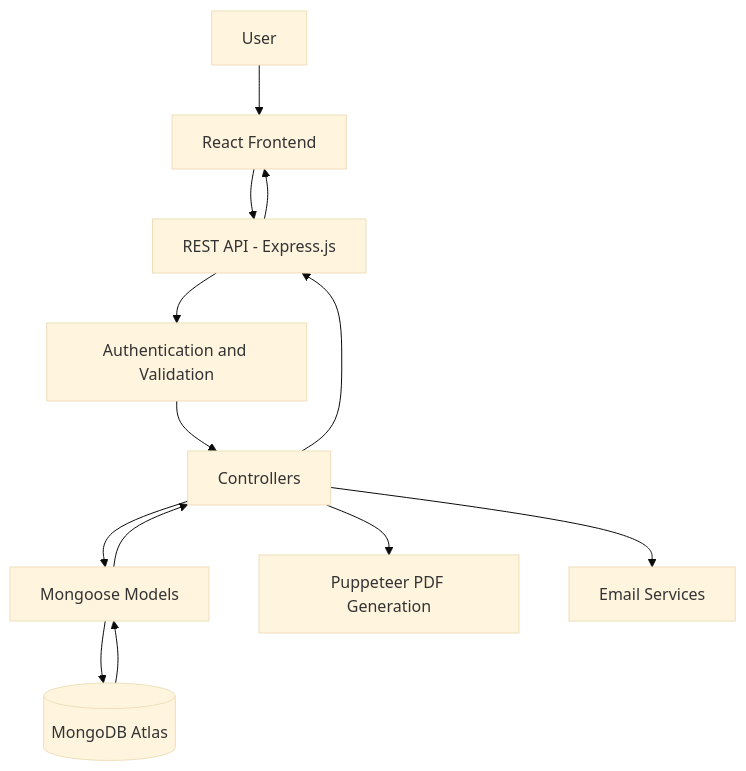
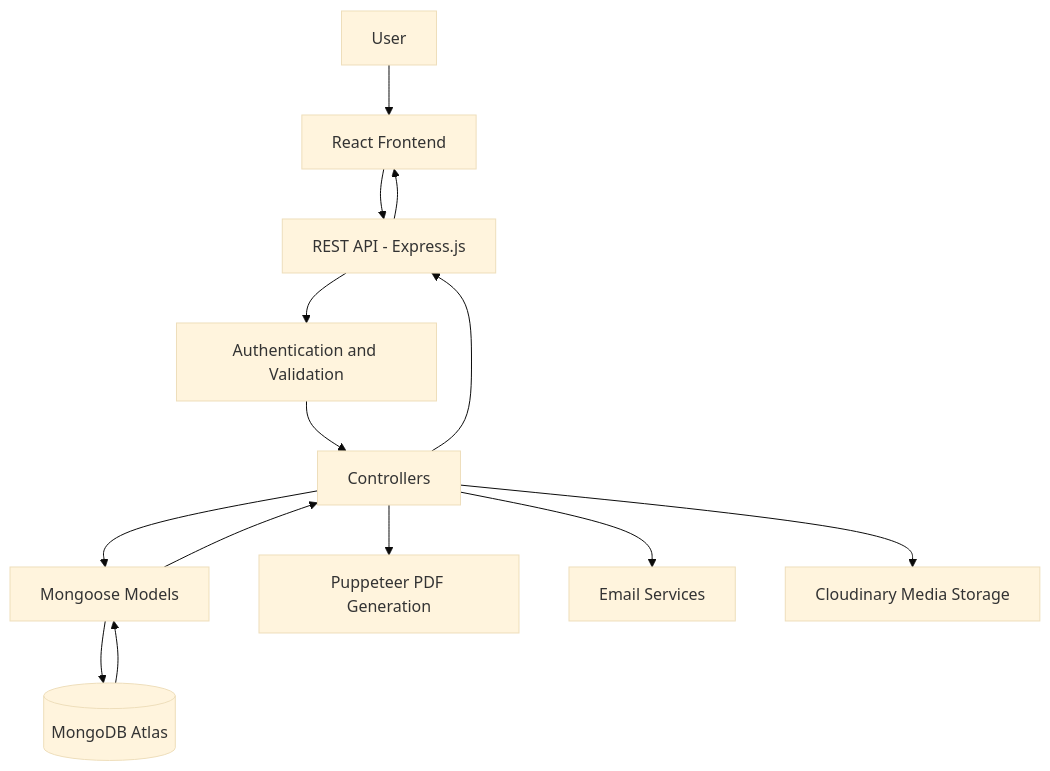
Before and after one commit to Shivang0402/Chronicle: the diagram in README.md, drawn with Mermaid (base theme). The commit also changed other lines of this file and 1 other file, not shown here.

````diff
--- a/README.md
+++ b/README.md
@@ -155,15 +167,16 @@
 ```mermaid
 flowchart TD
     A["User"] --> B["React Frontend"]
     B --> C["REST API - Express.js"]
     C --> D["Authentication and Validation"]
     D --> E["Controllers"]
     E --> F["Mongoose Models"]
     F --> G[("MongoDB Atlas")]
     E --> H["Puppeteer PDF Generation"]
     E --> I["Email Services"]
+    E --> J["Cloudinary Media Storage"]
     G --> F
     F --> E
     E --> C
     C --> B
 ```
````
